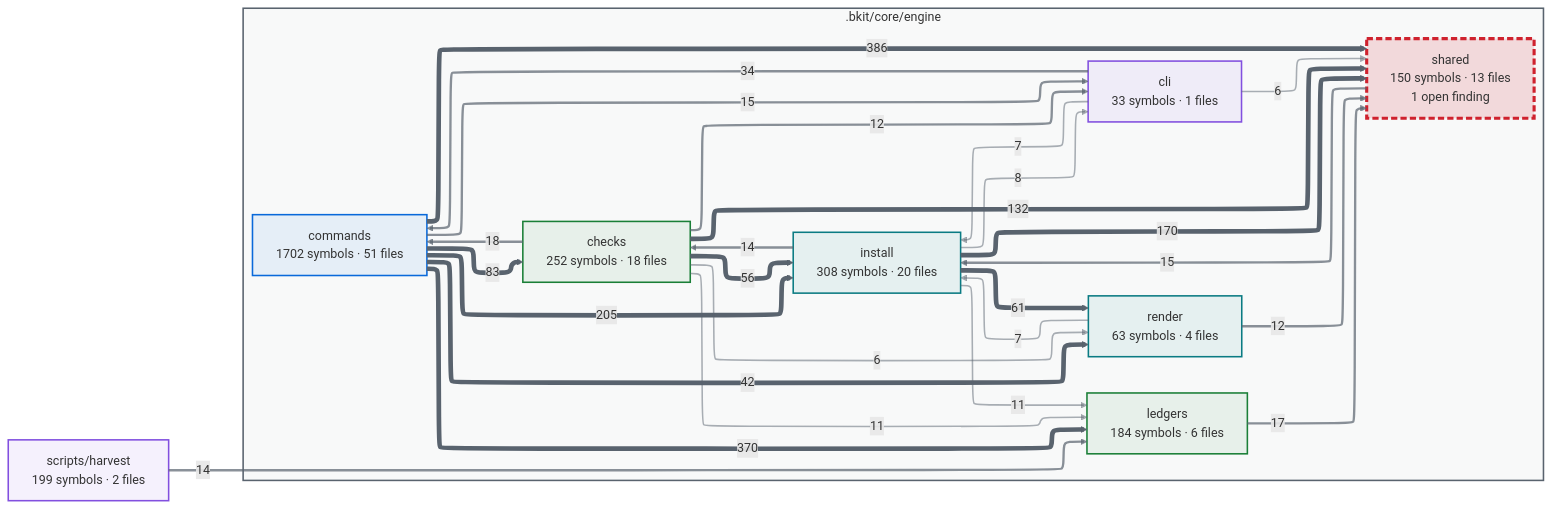
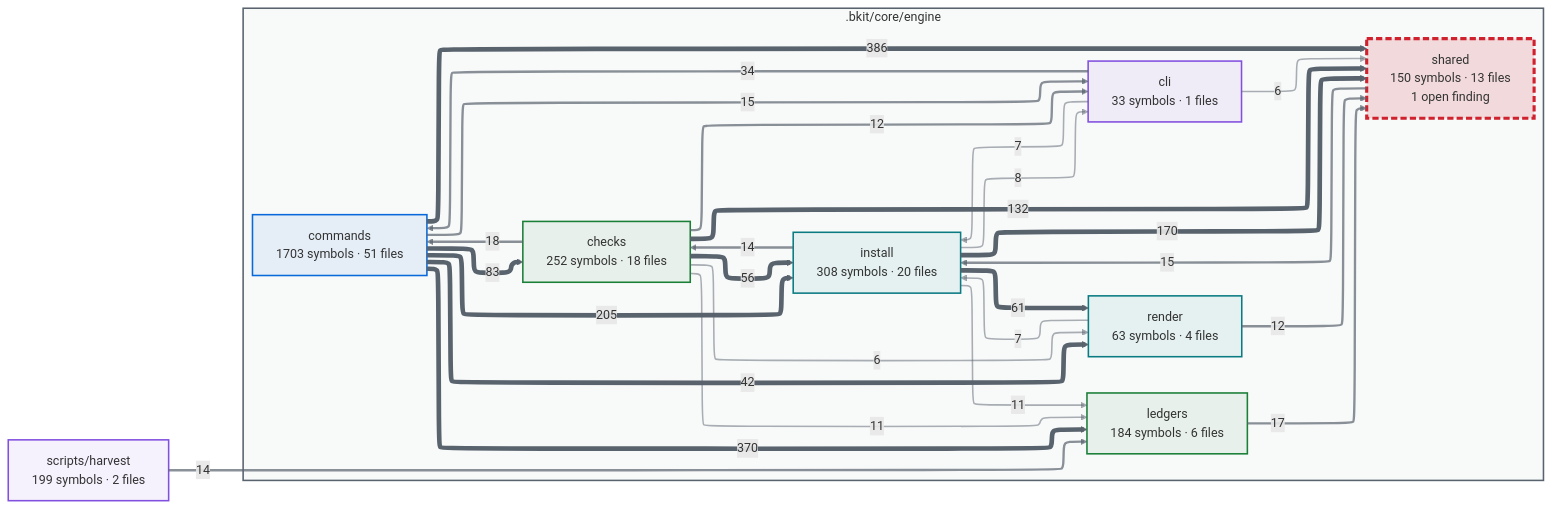
One commit to cbartens/bkit changed the first of 2 diagrams in docs/capabilities.md. Above: the diagram before and after it, drawn with Mermaid. The commit also changed other lines of this file and 24 other files, not shown here.

````diff
--- a/docs/capabilities.md
+++ b/docs/capabilities.md
@@ -154,80 +154,80 @@
 ```mermaid
 ---
 config:
   layout: elk
   themeCSS: "marker { overflow: visible; } marker path { transform: scale(1.8); transform-origin: 5px 5px; }"
   flowchart:
     useMaxWidth: false
 ---
 flowchart LR
   %% Generated by bkit-graphify-rollup.py — do not edit
   subgraph gn_bkit_core_engine[".bkit/core/engine"]
     n_bkit_core_engine_checks["checks<br/>252 symbols · 18 files"]
     n_bkit_core_engine_cli["cli<br/>33 symbols · 1 files"]
-    n_bkit_core_engine_commands["commands<br/>1702 symbols · 51 files"]
+    n_bkit_core_engine_commands["commands<br/>1703 symbols · 51 files"]
     n_bkit_core_engine_install["install<br/>308 symbols · 20 files"]
     n_bkit_core_engine_ledgers["ledgers<br/>184 symbols · 6 files"]
     n_bkit_core_engine_render["render<br/>63 symbols · 4 files"]
     n_bkit_core_engine_shared["shared<br/>150 symbols · 13 files<br/>1 open finding"]
   end
   nscripts_harvest["scripts/harvest<br/>199 symbols · 2 files"]
   n_bkit_core_engine_commands -->|386| n_bkit_core_engine_shared
   n_bkit_core_engine_commands -->|370| n_bkit_core_engine_ledgers
   n_bkit_core_engine_commands -->|205| n_bkit_core_engine_install
   n_bkit_core_engine_install -->|170| n_bkit_core_engine_shared
   n_bkit_core_engine_checks -->|132| n_bkit_core_engine_shared
   n_bkit_core_engine_commands -->|83| n_bkit_core_engine_checks
   n_bkit_core_engine_install -->|61| n_bkit_core_engine_render
   n_bkit_core_engine_checks -->|56| n_bkit_core_engine_install
   n_bkit_core_engine_commands -->|42| n_bkit_core_engine_render
   n_bkit_core_engine_cli -->|34| n_bkit_core_engine_commands
   n_bkit_core_engine_checks -->|18| n_bkit_core_engine_commands
   n_bkit_core_engine_ledgers -->|17| n_bkit_core_engine_shared
   n_bkit_core_engine_shared -->|15| n_bkit_core_engine_install
   n_bkit_core_engine_commands -->|15| n_bkit_core_engine_cli
   n_bkit_core_engine_install -->|14| n_bkit_core_engine_checks
   nscripts_harvest -->|14| n_bkit_core_engine_ledgers
   n_bkit_core_engine_checks -->|12| n_bkit_core_engine_cli
   n_bkit_core_engine_render -->|12| n_bkit_core_engine_shared
   n_bkit_core_engine_checks -->|11| n_bkit_core_engine_ledgers
   n_bkit_core_engine_install -->|11| n_bkit_core_engine_ledgers
   n_bkit_core_engine_install -->|8| n_bkit_core_engine_cli
   n_bkit_core_engine_cli -->|7| n_bkit_core_engine_install
   n_bkit_core_engine_render -->|7| n_bkit_core_engine_install
   n_bkit_core_engine_checks -->|6| n_bkit_core_engine_render
   n_bkit_core_engine_cli -->|6| n_bkit_core_engine_shared
   style gn_bkit_core_engine fill:#59636e0a,stroke:#59636e,stroke-width:2px
   style n_bkit_core_engine_checks stroke:#1a7f37,stroke-width:2px,fill:#1a7f3714
   style n_bkit_core_engine_cli stroke:#8250df,stroke-width:2px,fill:#8250df14
   style n_bkit_core_engine_commands stroke:#0969da,stroke-width:2px,fill:#0969da14
   style n_bkit_core_engine_install stroke:#0a7b83,stroke-width:2px,fill:#0a7b8314
   style n_bkit_core_engine_ledgers stroke:#1a7f37,stroke-width:2px,fill:#1a7f3714
   style n_bkit_core_engine_render stroke:#0a7b83,stroke-width:2px,fill:#0a7b8314
   style n_bkit_core_engine_shared stroke:#cf222e,stroke-width:4px,stroke-dasharray:8 4,fill:#cf222e26
   style nscripts_harvest stroke:#8250df,stroke-width:2px,fill:#8250df14
   linkStyle 0 stroke:#59636e,stroke-width:6px
   linkStyle 1 stroke:#59636e,stroke-width:6px
   linkStyle 2 stroke:#59636e,stroke-width:6px
   linkStyle 3 stroke:#59636e,stroke-width:6px
   linkStyle 4 stroke:#59636e,stroke-width:6px
   linkStyle 5 stroke:#59636e,stroke-width:6px
   linkStyle 6 stroke:#59636e,stroke-width:6px
   linkStyle 7 stroke:#59636e,stroke-width:6px
   linkStyle 8 stroke:#59636e,stroke-width:6px
   linkStyle 9 stroke:#59636eb3,stroke-width:3px
   linkStyle 10 stroke:#59636eb3,stroke-width:3px
   linkStyle 11 stroke:#59636eb3,stroke-width:3px
   linkStyle 12 stroke:#59636eb3,stroke-width:3px
   linkStyle 13 stroke:#59636eb3,stroke-width:3px
   linkStyle 14 stroke:#59636eb3,stroke-width:3px
   linkStyle 15 stroke:#59636eb3,stroke-width:3px
   linkStyle 16 stroke:#59636eb3,stroke-width:3px
   linkStyle 17 stroke:#59636eb3,stroke-width:3px
   linkStyle 18 stroke:#59636e80,stroke-width:2px
   linkStyle 19 stroke:#59636e80,stroke-width:2px
   linkStyle 20 stroke:#59636e80,stroke-width:2px
   linkStyle 21 stroke:#59636e80,stroke-width:2px
   linkStyle 22 stroke:#59636e80,stroke-width:2px
   linkStyle 23 stroke:#59636e80,stroke-width:2px
   linkStyle 24 stroke:#59636e80,stroke-width:2px
 ```
````
